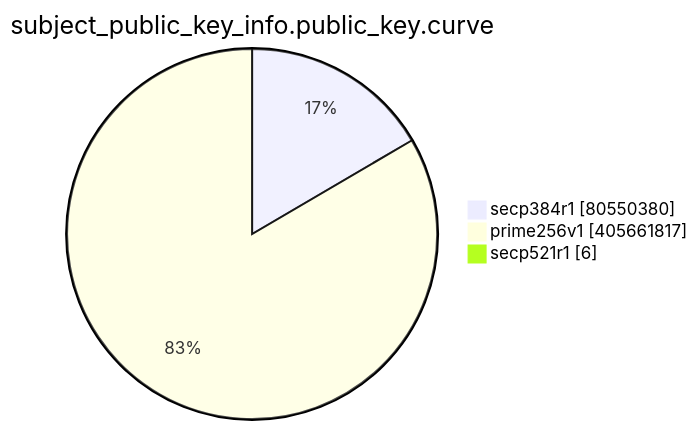
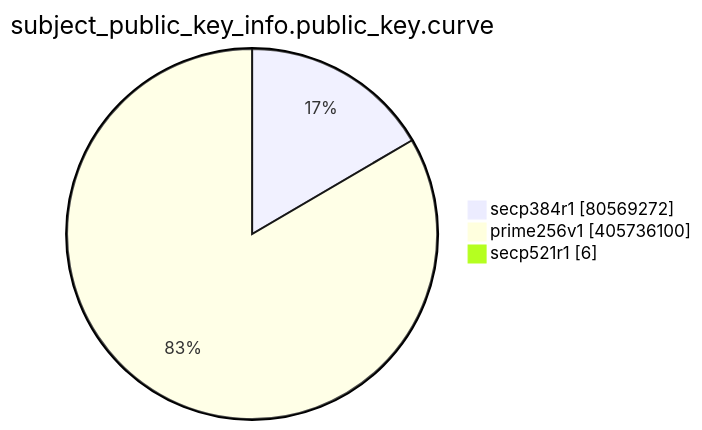
The eighth of 15 diagrams in TOTAL/README.md (christiankrug/ctmonitor_visualization), drawn with Mermaid before and after one commit. The commit also changed other lines of this file, not shown here.

````diff
--- a/TOTAL/README.md
+++ b/TOTAL/README.md
@@ -3095,7 +3095,7 @@
 ```mermaid
 pie showData
 title subject_public_key_info.public_key.curve
-"secp384r1" :80550380
-"prime256v1" :405661817
+"secp384r1" :80569272
+"prime256v1" :405736100
 "secp521r1" :6
 ```
````
